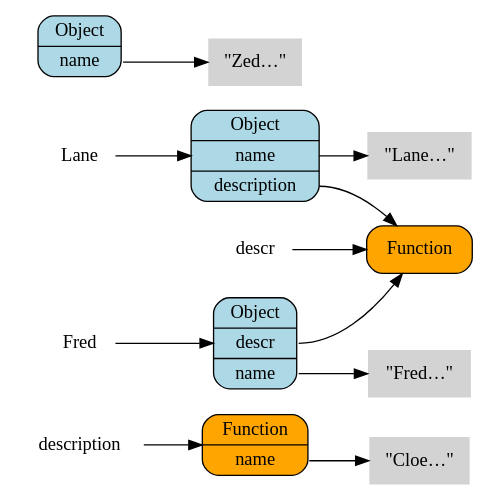
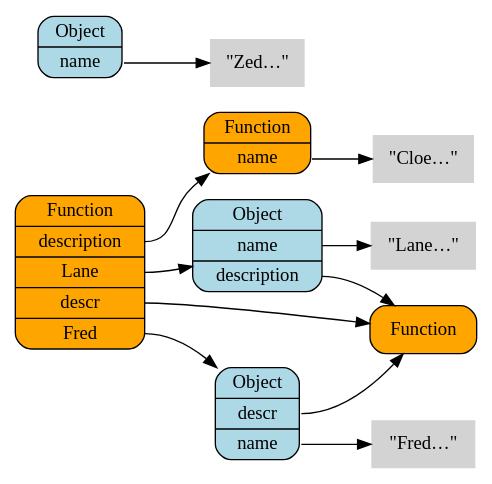
Before and after one commit to creationix/howtonode.org: the diagram in articles/object-graphs/variables.dot, drawn with Graphviz.

Commit message:
Show the top-level free variables as in a top-level function closure.

```diff
--- a/articles/object-graphs/variables.dot
+++ b/articles/object-graphs/variables.dot
@@ -1,37 +1,40 @@
 digraph finite_state_machine {
 	size="8,5"
 	rankdir = "LR"
-  
+
   /* Variables */
-	node [shape = plaintext]; 
-	description
-	Lane
-	Fred
-	descr
+/*
+  node [shape = plaintext];
+  description
+  Lane
+  Fred
+  descr
+*/
   /* Functions */
   node [shape = Mrecord, fillcolor=orange, style=filled];
+  global [label="<__proto__>Function|<description>description|<Lane>Lane|<descr>descr|<Fred>Fred"];
   fn1 [label="<__proto__>Function"];
   fn2 [label = "<__proto__>Function|<name>name"];
   /* Objects */
   node [shape = Mrecord, fillcolor=lightBlue, style=filled];
   obj1 [label = "<__proto__>Object|<name>name | <description> description"];
   obj2 [label = "<__proto__>Object|<descr> descr | <name>name"];
   obj3 [label = "<__proto__>Object|<name>name"];
   /* Strings */
   node [shape = plaintext, fillcolor=lightGrey, style=filled];
   name [label="\"Lane…\""]
   name2 [label="\"Fred…\""]
   name3 [label="\"Zed…\""]
   name4 [label="\"Cloe…\""]
-  
-  Lane -> obj1;
+
+  global:Lane -> obj1;
   obj1:name -> name;
   obj1:description -> fn1;
-  Fred -> obj2;
+  global:Fred -> obj2;
   obj2:name -> name2;
   obj2:descr -> fn1;
   obj3:name -> name3;
-  descr -> fn1;
-  description -> fn2;
+  global:descr -> fn1;
+  global:description -> fn2;
   fn2:name -> name4;
 }
```
